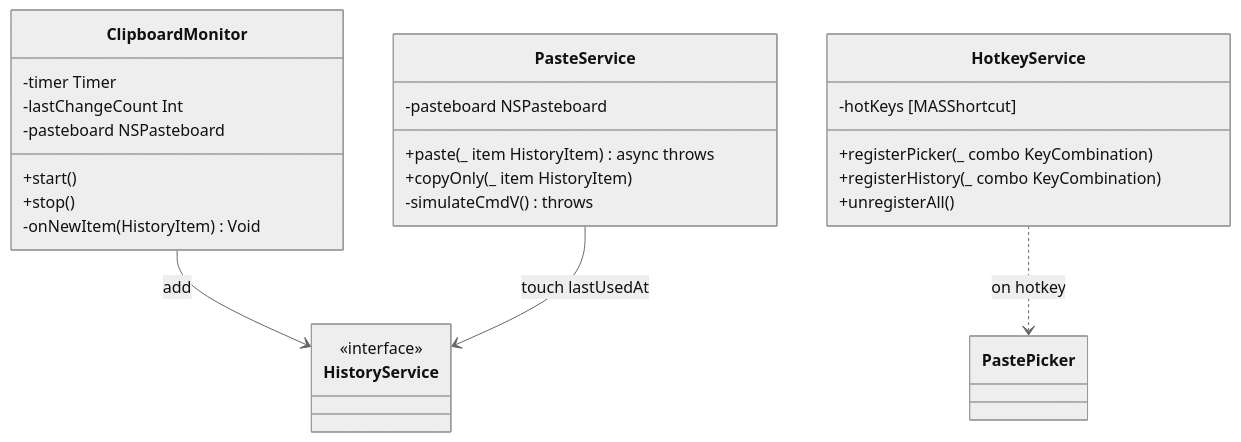
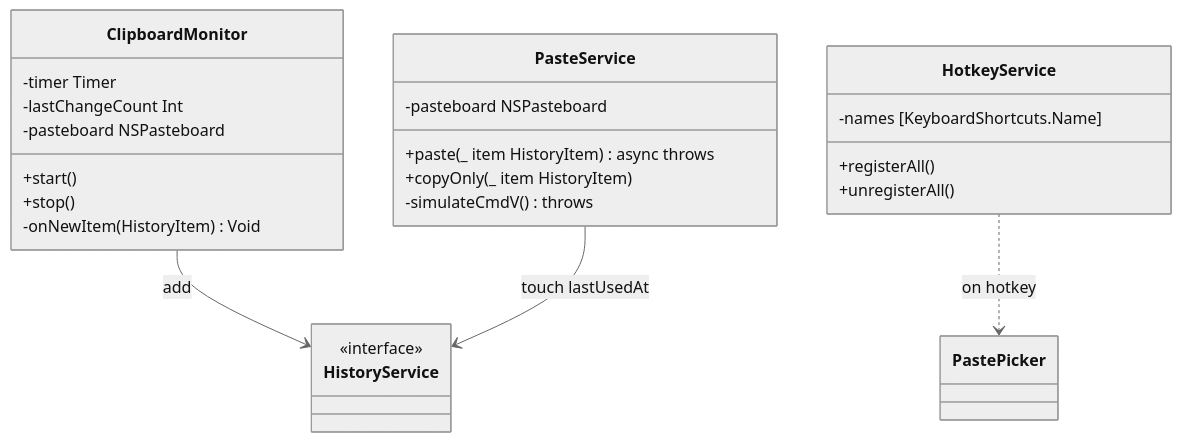
One commit to DIO0550/mac-clip-shelf changed the first of 4 diagrams in docs/clip-shelf/clipboard-monitor-spec.md. Above: the diagram before and after it, drawn with Mermaid (neutral theme). The commit also changed other lines of this file and 7 other files, not shown here.

First line of the commit message:
📝 [Doc]: #17 GRDB.swift/MASShortcut を SwiftData/KeyboardShortcuts に置き換え

````diff
--- a/docs/clip-shelf/clipboard-monitor-spec.md
+++ b/docs/clip-shelf/clipboard-monitor-spec.md
@@ -12,33 +12,32 @@
 ```mermaid
 classDiagram
     class ClipboardMonitor {
         +start()
         +stop()
         -timer Timer
         -lastChangeCount Int
         -pasteboard NSPasteboard
         -onNewItem (HistoryItem) Void
     }
 
     class HotkeyService {
-        +registerPicker(_ combo KeyCombination)
-        +registerHistory(_ combo KeyCombination)
+        +registerAll()
         +unregisterAll()
-        -hotKeys [MASShortcut]
+        -names [KeyboardShortcuts.Name]
     }
 
     class PasteService {
         +paste(_ item HistoryItem) async throws
         +copyOnly(_ item HistoryItem)
         -pasteboard NSPasteboard
         -simulateCmdV() throws
     }
 
     class HistoryService {
         <<interface>>
     }
 
     ClipboardMonitor --> HistoryService : add
     PasteService --> HistoryService : touch lastUsedAt
     HotkeyService ..> PastePicker : on hotkey
 ```
````
